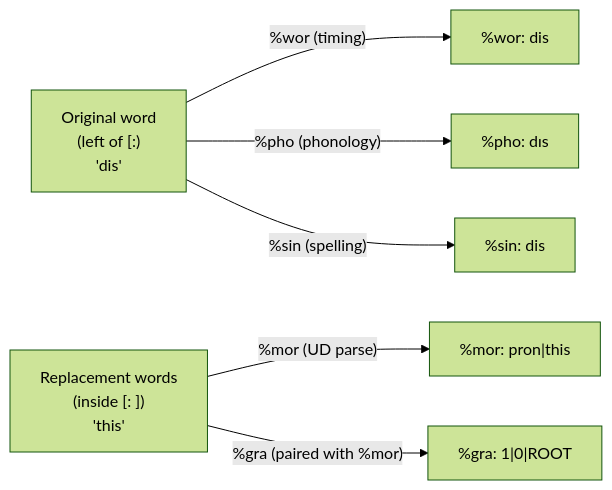
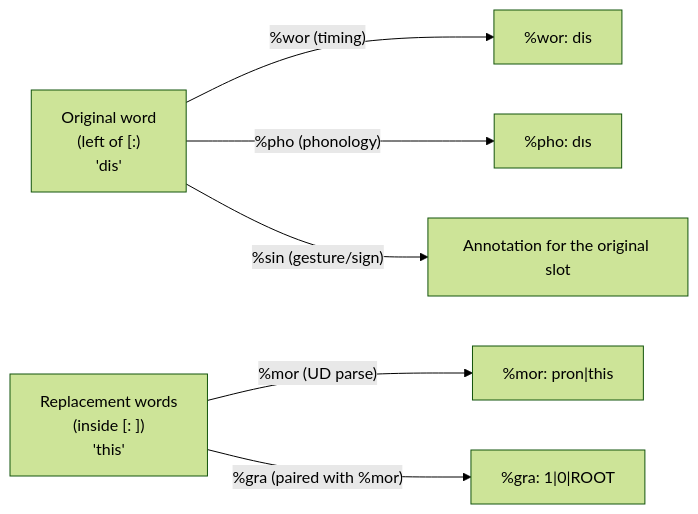
Before and after one commit to TalkBank/chatter: the diagram in book/src/chat-format/replacements.md, drawn with Mermaid (forest theme). The commit also changed other lines of this file and 950 other files, not shown here.

````diff
--- a/book/src/chat-format/replacements.md
+++ b/book/src/chat-format/replacements.md
@@ -88,11 +87,11 @@
 ```mermaid
 flowchart LR
     spoken["Original word\n(left of [:)\n'dis'"]
     target["Replacement words\n(inside [: ])\n'this'"]
 
     spoken -->|"%wor (timing)"| wor["%wor: dis"]
     spoken -->|"%pho (phonology)"| pho["%pho: dɪs"]
-    spoken -->|"%sin (spelling)"| sin["%sin: dis"]
+    spoken -->|"%sin (gesture/sign)"| sin["Annotation for the original slot"]
     target -->|"%mor (UD parse)"| mor["%mor: pron|this"]
     target -->|"%gra (paired with %mor)"| gra["%gra: 1|0|ROOT"]
 ```
````
